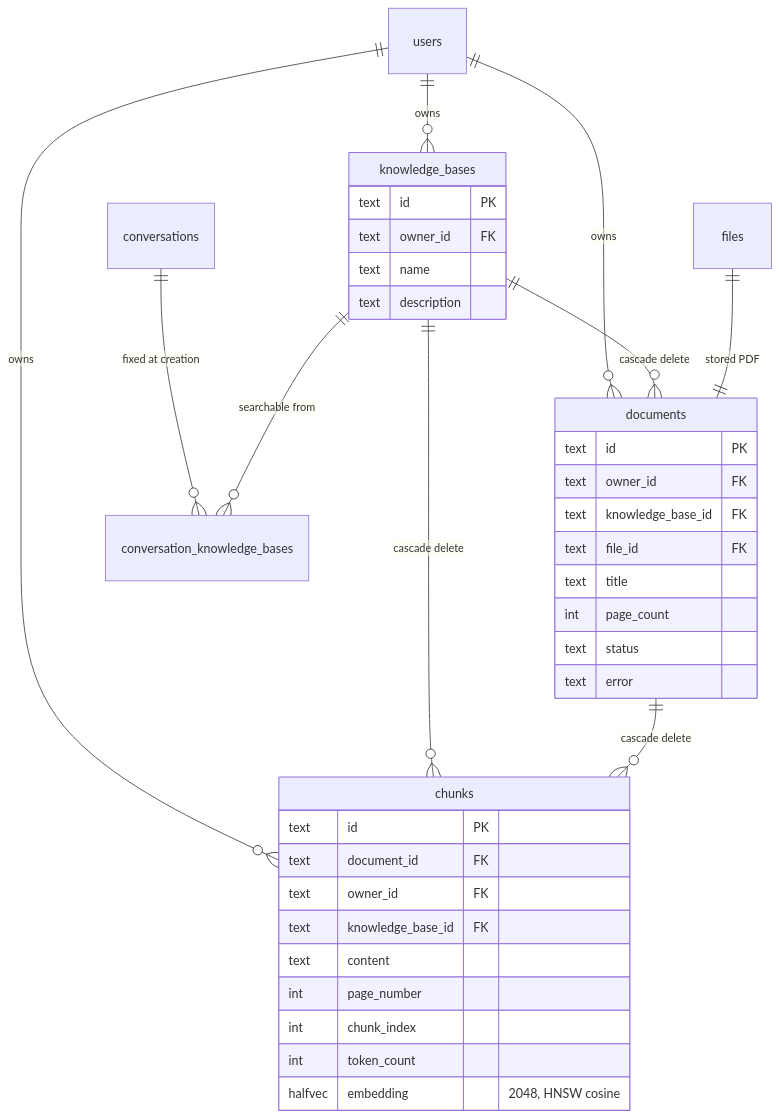
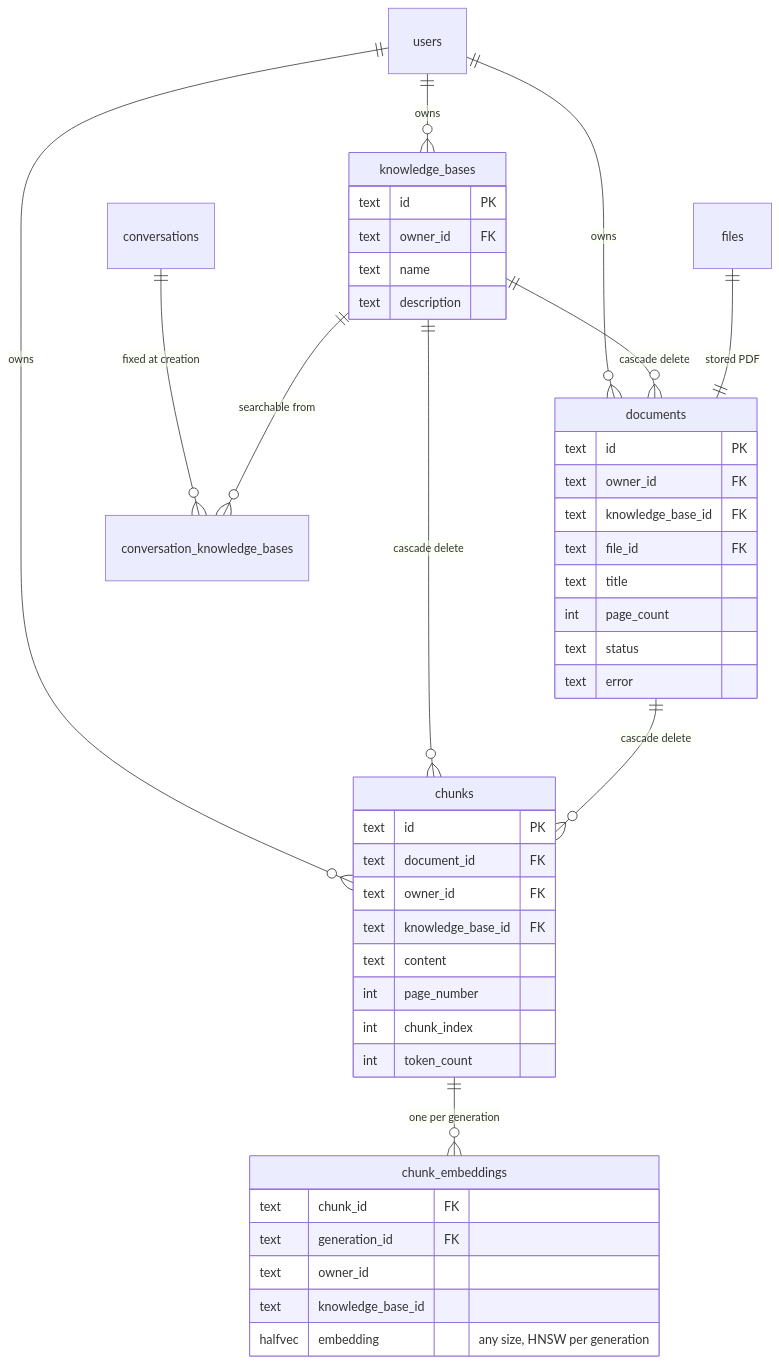
Before and after one commit to devdaviddr/nextjs-rag-boilerplate: the fifth of 7 diagrams in docs/rag.md, drawn with Mermaid. The commit also changed other lines of this file and 31 other files, not shown here.

````diff
--- a/docs/rag.md
+++ b/docs/rag.md
@@ -879,40 +912,47 @@
 ```mermaid
 erDiagram
     users ||--o{ knowledge_bases : owns
     users ||--o{ documents : owns
     users ||--o{ chunks : owns
     knowledge_bases ||--o{ documents : "cascade delete"
     knowledge_bases ||--o{ chunks : "cascade delete"
     documents ||--o{ chunks : "cascade delete"
+    chunks ||--o{ chunk_embeddings : "one per generation"
     files ||--|| documents : "stored PDF"
     conversations ||--o{ conversation_knowledge_bases : "fixed at creation"
     knowledge_bases ||--o{ conversation_knowledge_bases : "searchable from"
 
     knowledge_bases {
         text id PK
         text owner_id FK
         text name
         text description
     }
     documents {
         text id PK
         text owner_id FK
         text knowledge_base_id FK
         text file_id FK
         text title
         int page_count
         text status
         text error
     }
     chunks {
         text id PK
         text document_id FK
         text owner_id FK
         text knowledge_base_id FK
         text content
         int page_number
         int chunk_index
         int token_count
-        halfvec embedding "2048, HNSW cosine"
+    }
+    chunk_embeddings {
+        text chunk_id FK
+        text generation_id FK
+        text owner_id
+        text knowledge_base_id
+        halfvec embedding "any size, HNSW per generation"
     }
 ```
````
